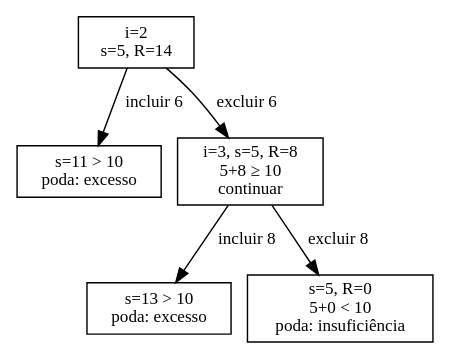
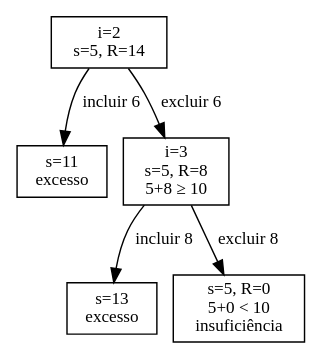
One commit to rodrgds/resumos changed the diagram in src/content/da/subconjuntos-podas.dot. Above: the diagram before and after it, drawn with Graphviz. The commit also changed 1 other file, not shown here.

```diff
--- a/src/content/da/subconjuntos-podas.dot
+++ b/src/content/da/subconjuntos-podas.dot
@@ -1,14 +1,14 @@
 digraph Podas {
   graph [nodesep=0.15];
   node [shape=box, fontsize=12];
   edge [fontsize=12];
   raiz [label="i=2\ns=5, R=14"];
-  excesso6 [label="s=11 > 10\npoda: excesso"];
-  sem6 [label="i=3, s=5, R=8\n5+8 ≥ 10\ncontinuar"];
-  excesso8 [label="s=13 > 10\npoda: excesso"];
-  insuf [label="s=5, R=0\n5+0 < 10\npoda: insuficiência"];
+  excesso6 [label="s=11\nexcesso"];
+  sem6 [label="i=3\ns=5, R=8\n5+8 ≥ 10"];
+  excesso8 [label="s=13\nexcesso"];
+  insuf [label="s=5, R=0\n5+0 < 10\ninsuficiência"];
   raiz -> excesso6 [label="incluir 6"];
   raiz -> sem6 [label="excluir 6"];
   sem6 -> excesso8 [label="incluir 8"];
   sem6 -> insuf [label="excluir 8"];
 }
```
